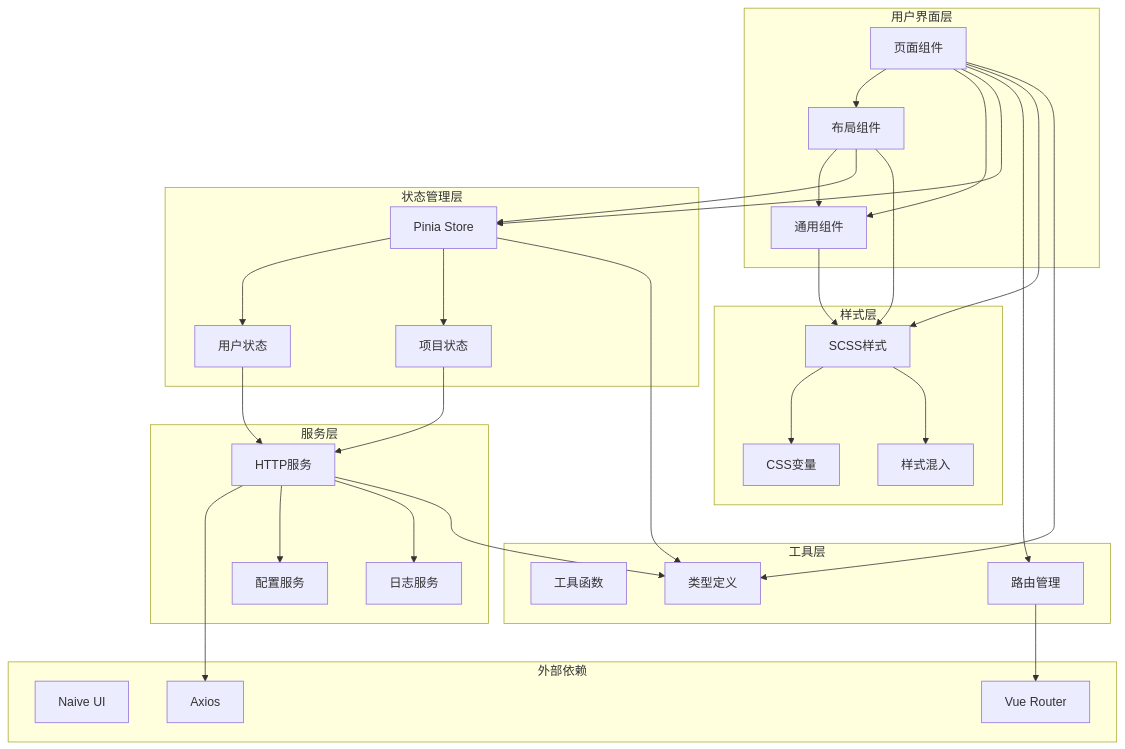
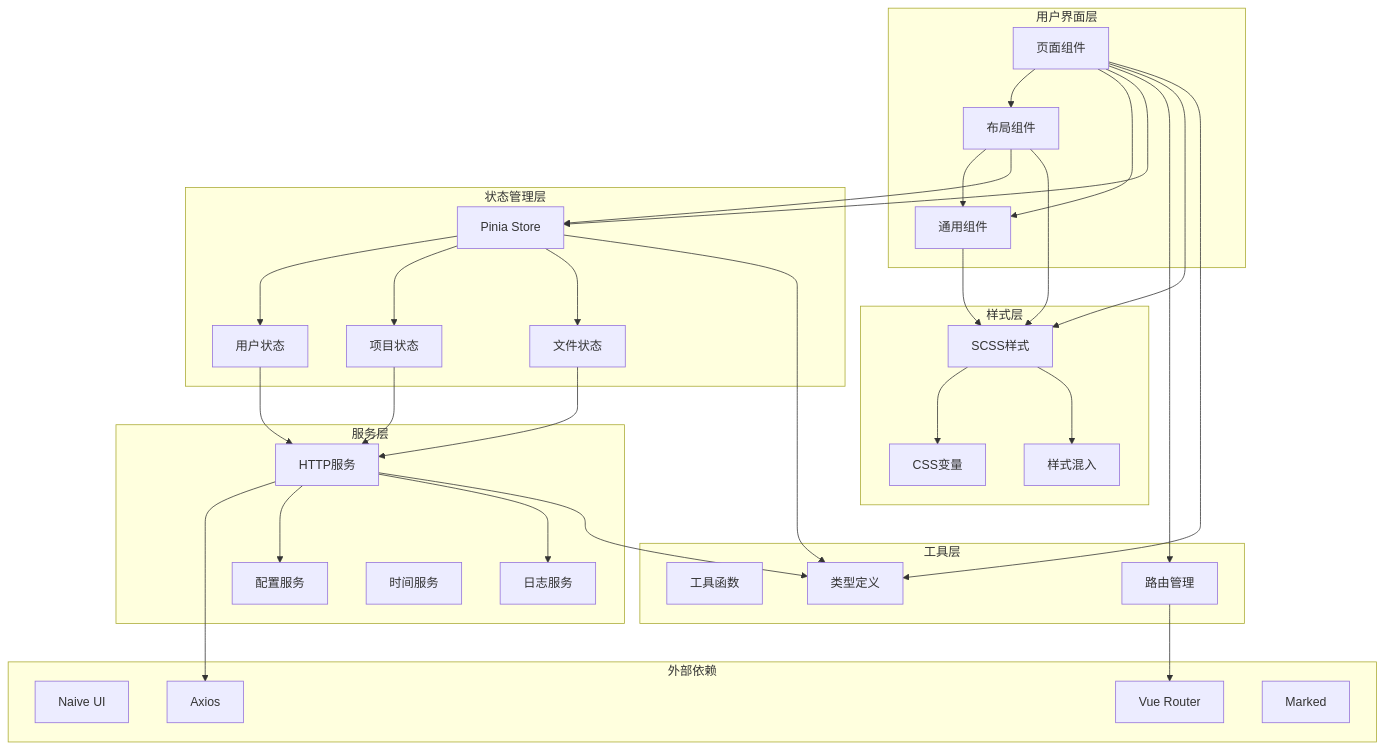
One commit to lighthought/app-maker changed the first of 9 diagrams in frontend/architect/ARCHITECTURE.md. Above: the diagram before and after it, drawn with Mermaid. The commit also changed other lines of this file and 3 other files, not shown here.

````diff
--- a/frontend/architect/ARCHITECTURE.md
+++ b/frontend/architect/ARCHITECTURE.md
@@ -9,69 +9,74 @@
 ```mermaid
 graph TB
     subgraph "用户界面层"
         Pages[页面组件]
         Layout[布局组件]
         Common[通用组件]
     end
     
     subgraph "状态管理层"
         Pinia[Pinia Store]
         UserStore[用户状态]
         ProjectStore[项目状态]
+        FileStore[文件状态]
     end
     
     subgraph "服务层"
         HttpService[HTTP服务]
         ConfigService[配置服务]
         LoggerService[日志服务]
+        TimeService[时间服务]
     end
     
     subgraph "工具层"
         Utils[工具函数]
         Types[类型定义]
         Router[路由管理]
     end
     
     subgraph "样式层"
         SCSS[SCSS样式]
         Variables[CSS变量]
         Mixins[样式混入]
     end
     
     subgraph "外部依赖"
         NaiveUI[Naive UI]
         Axios[Axios]
         VueRouter[Vue Router]
+        Marked[Marked]
     end
     
     Pages --> Layout
     Pages --> Common
     Layout --> Common
     
     Pages --> Pinia
     Layout --> Pinia
     
     Pinia --> UserStore
     Pinia --> ProjectStore
+    Pinia --> FileStore
     
     UserStore --> HttpService
     ProjectStore --> HttpService
+    FileStore --> HttpService
     
     HttpService --> Axios
     HttpService --> ConfigService
     HttpService --> LoggerService
     
     Pages --> Router
     Router --> VueRouter
     
     Pages --> SCSS
     Layout --> SCSS
     Common --> SCSS
     
     SCSS --> Variables
     SCSS --> Mixins
     
     Pages --> Types
     Pinia --> Types
     HttpService --> Types
 ```
````
